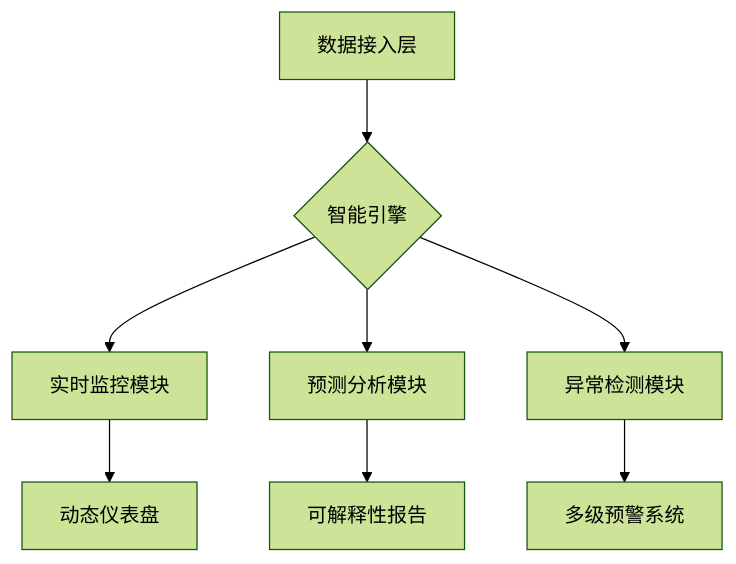
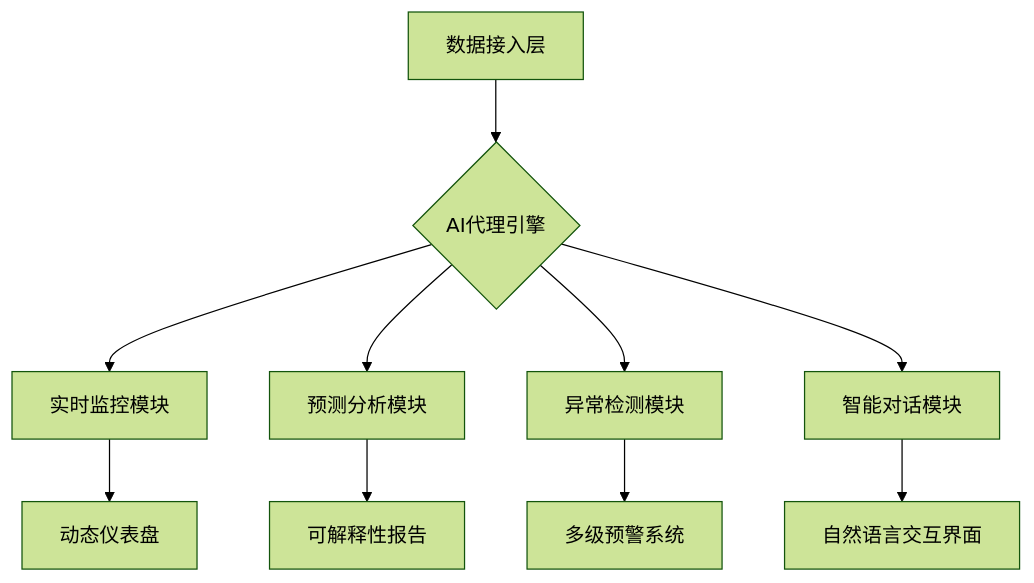
The diagram in README.md (iamcooi/open_analytics_platform), drawn with Mermaid (forest theme) before and after one commit. The commit also changed other lines of this file, not shown here.

````diff
--- a/README.md
+++ b/README.md
@@ -26,10 +34,12 @@
 ```mermaid
 graph TD
-    A[数据接入层] --> B{智能引擎}
+    A[数据接入层] --> B{AI代理引擎}
     B --> C[实时监控模块]
     B --> D[预测分析模块]
     B --> E[异常检测模块]
-    C --> F[动态仪表盘]
-    D --> G[可解释性报告]
-    E --> H[多级预警系统]
+    B --> F[智能对话模块]
+    C --> G[动态仪表盘]
+    D --> H[可解释性报告]
+    E --> I[多级预警系统]
+    F --> J[自然语言交互界面]
 ```
````
